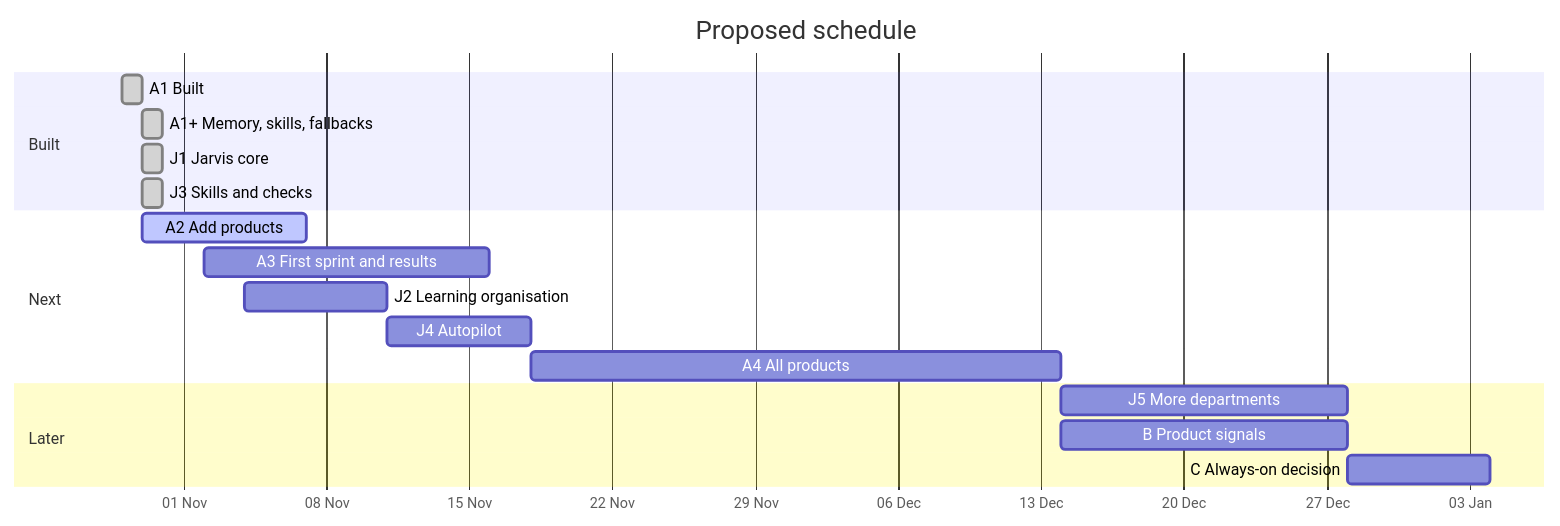
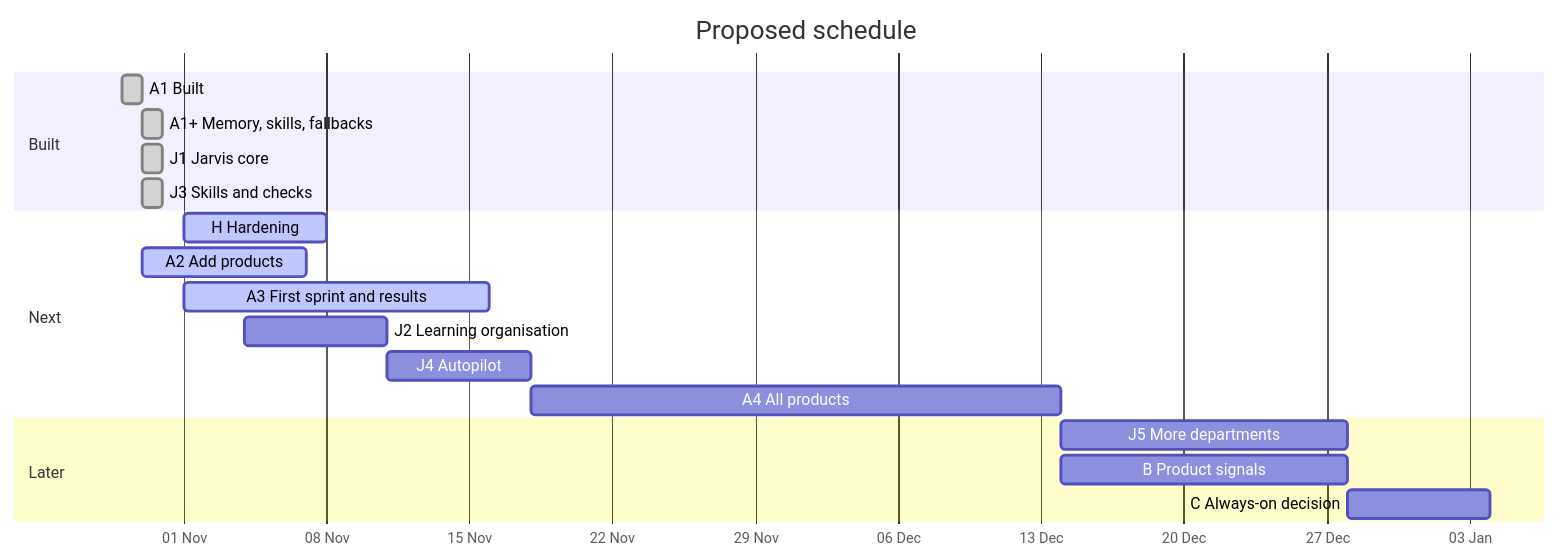
One commit to Mohitclan/AGENTS-AGENTS-AND-AGENTS- changed the diagram in docs/PLAN.md. Above: the diagram before and after it, drawn with Mermaid. The commit also changed other lines of this file and 47 other files, not shown here.

First line of the commit message:
Harden checks and lead gate; run the first MotionRepo sprint

````diff
--- a/docs/PLAN.md
+++ b/docs/PLAN.md
@@ -24,21 +25,22 @@
 ```mermaid
 gantt
   title Proposed schedule
   dateFormat YYYY-MM-DD
   axisFormat %d %b
   section Built
   A1 Built                      :done, a1, 2026-10-29, 1d
   A1+ Memory, skills, fallbacks :done, a1p, 2026-10-30, 1d
   J1 Jarvis core                :done, j1, 2026-10-30, 1d
   J3 Skills and checks          :done, j3, 2026-10-30, 1d
   section Next
+  H Hardening                   :active, h, 2026-11-01, 7d
   A2 Add products               :active, a2, 2026-10-30, 8d
-  A3 First sprint and results   :a3, 2026-11-02, 14d
+  A3 First sprint and results   :active, a3, 2026-11-01, 15d
   J2 Learning organisation      :j2, 2026-11-04, 7d
   J4 Autopilot                  :j4, after j2, 7d
   A4 All products               :a4, after j4, 26d
   section Later
   J5 More departments           :j5, after a4, 14d
   B Product signals             :b, after a4, 14d
   C Always-on decision          :c, after b, 7d
 ```
````
